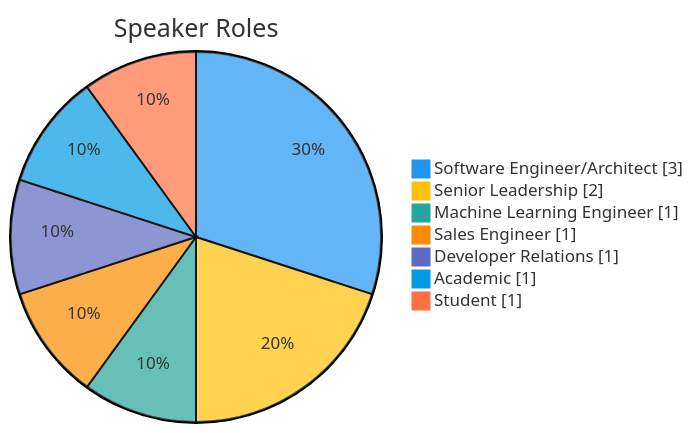
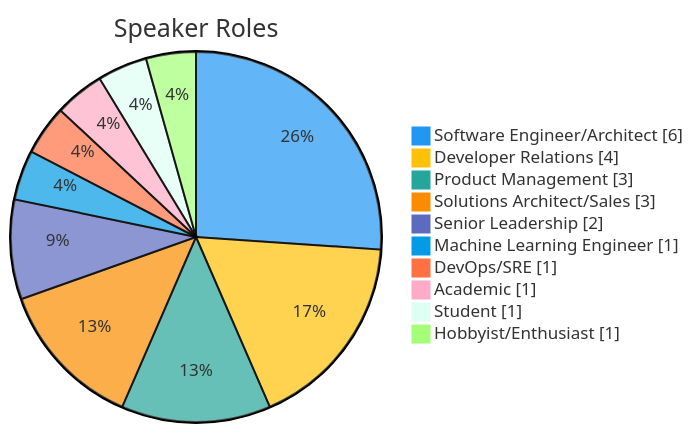
One commit to pytexas/pytexas.github.io changed the seventh of 8 diagrams in docs/blog/posts/2026-conference-recap.md. Above: the diagram before and after it, drawn with Mermaid. The commit also changed other lines of this file, not shown here.

````diff
--- a/docs/blog/posts/2026-conference-recap.md
+++ b/docs/blog/posts/2026-conference-recap.md
@@ -360,12 +367,15 @@
 ```mermaid
 %%{init: {'theme': 'base', 'themeVariables': { 'pie1': '#2196F3', 'pie2': '#FFC107', 'pie3': '#26A69A', 'pie4': '#FB8C00', 'pie5': '#5C6BC0', 'pie6': '#039BE5', 'pie7': '#FF7043'}}}%%
 pie showData
     title Speaker Roles
-    "Software Engineer/Architect": 3
+    "Software Engineer/Architect": 6
+    "Developer Relations": 4
+    "Product Management": 3
+    "Solutions Architect/Sales": 3
     "Senior Leadership": 2
     "Machine Learning Engineer": 1
-    "Sales Engineer": 1
-    "Developer Relations": 1
+    "DevOps/SRE": 1
     "Academic": 1
     "Student": 1
+    "Hobbyist/Enthusiast": 1
 ```
````
